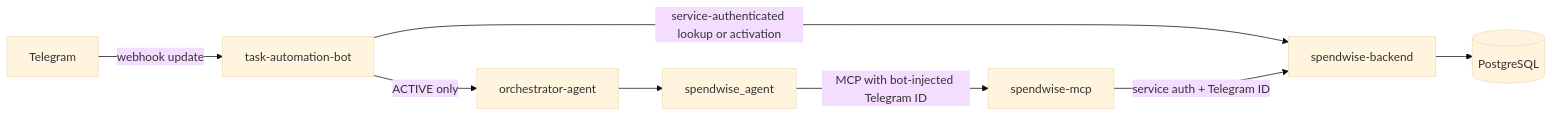
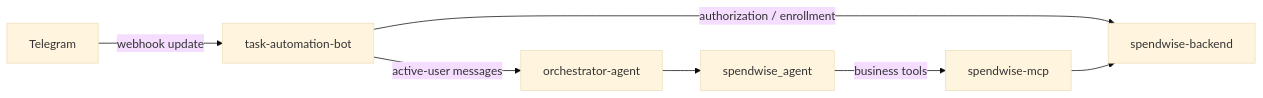
One commit to krDipesh02/task-automation-bot changed the diagram in README.md. Above: the diagram before and after it, drawn with Mermaid (base theme). The commit also changed other lines of this file and 8 other files, not shown here.

First line of the commit message:
Support /setup flow and date calculation logic to LLM, updated Readme.md and Added CODEX_CONTEXT.md (#7)

````diff
--- a/README.md
+++ b/README.md
@@ -6,10 +9,9 @@
 ```mermaid
 flowchart LR
-  T[Telegram] -->|webhook update| B[task-automation-bot]
-  B -->|service-authenticated lookup or activation| S[spendwise-backend]
-  S --> P[(PostgreSQL)]
-  B -->|ACTIVE only| O[orchestrator-agent]
-  O --> A[spendwise_agent]
-  A -->|MCP with bot-injected Telegram ID| M[spendwise-mcp]
-  M -->|service auth + Telegram ID| S
+  Telegram -->|webhook update| Bot[task-automation-bot]
+  Bot -->|authorization / enrollment| Backend[spendwise-backend]
+  Bot -->|active-user messages| Orchestrator[orchestrator-agent]
+  Orchestrator --> Agent[spendwise_agent]
+  Agent -->|business tools| MCP[spendwise-mcp]
+  MCP --> Backend
 ```
````
